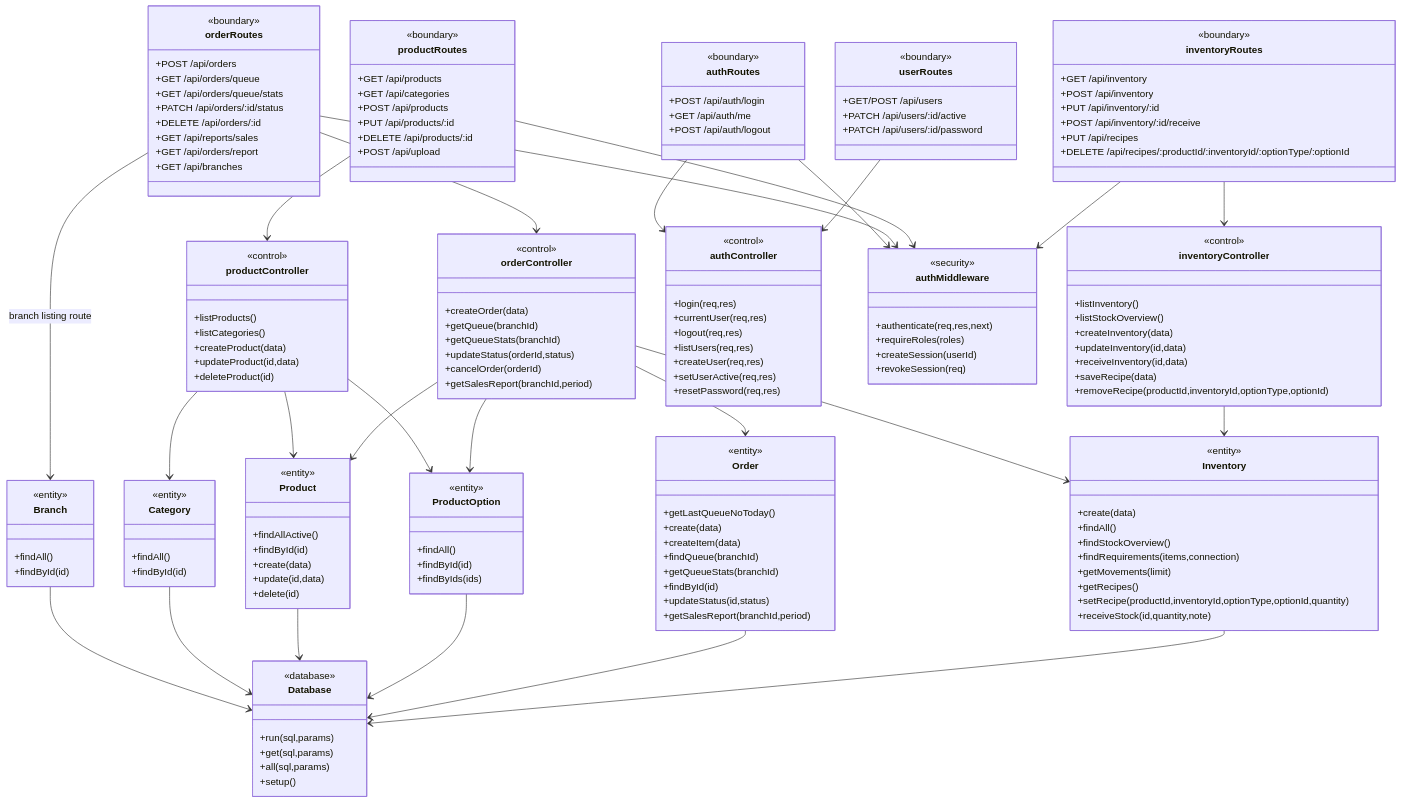
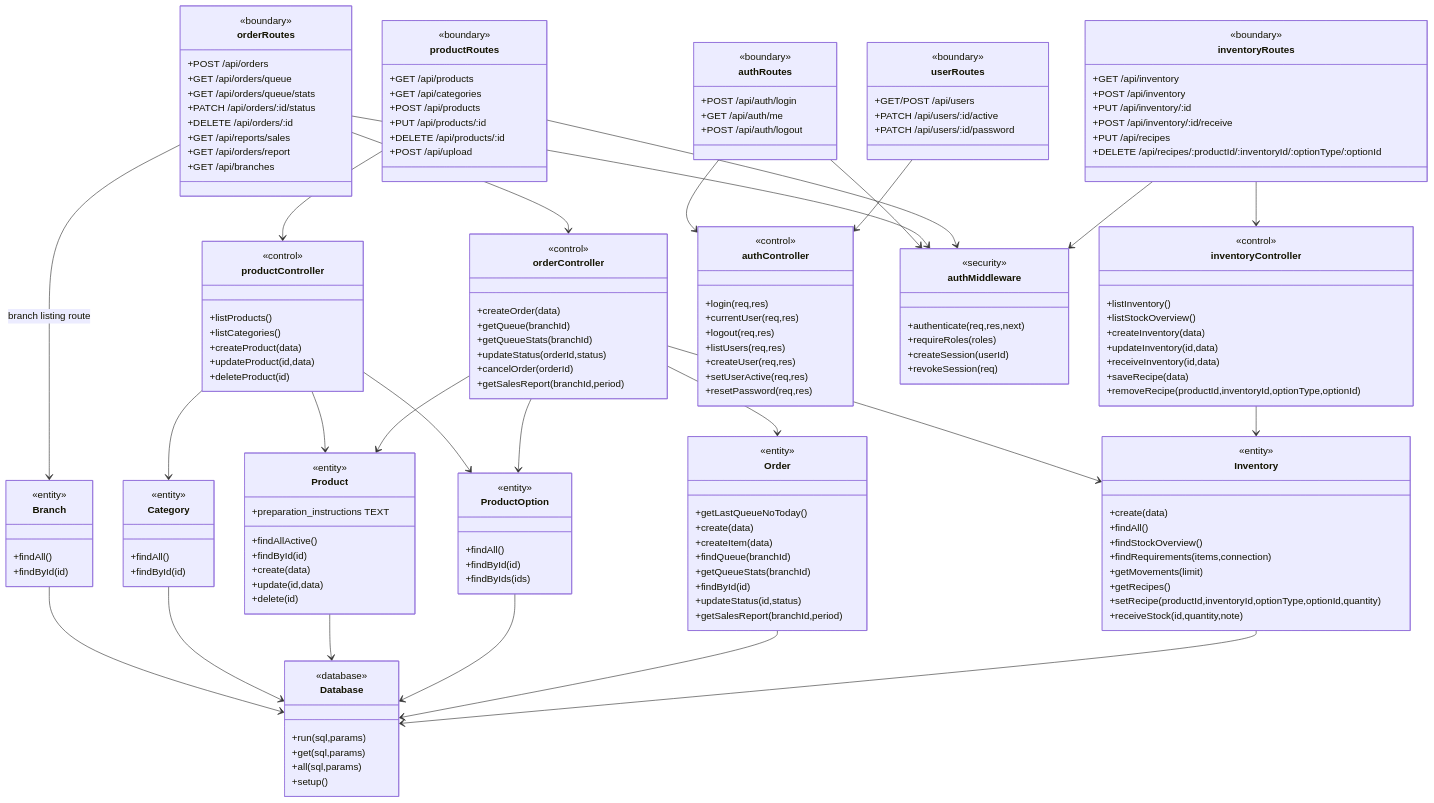
One commit to Wara197/khon-thai-ok-ma-bon-si-farang-ok-ma-bon-su-cafe-system changed the first of 2 diagrams in docs/wk06-class-diagram.md. Above: the diagram before and after it, drawn with Mermaid. The commit also changed other lines of this file and 18 other files, not shown here.

Commit message:
docs: align wk15 report and diagrams with implementation

```diff
--- a/docs/wk06-class-diagram.md
+++ b/docs/wk06-class-diagram.md
@@ -105,6 +105,7 @@
   }
   class Product {
     <<entity>>
+    +preparation_instructions TEXT
     +findAllActive()
     +findById(id)
     +create(data)
```
